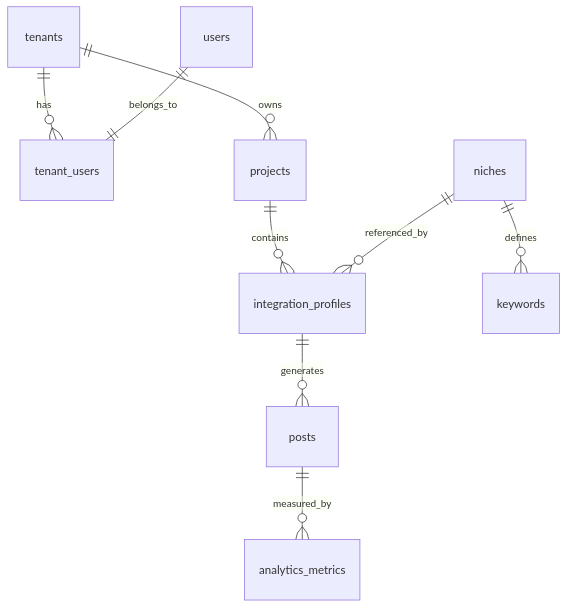
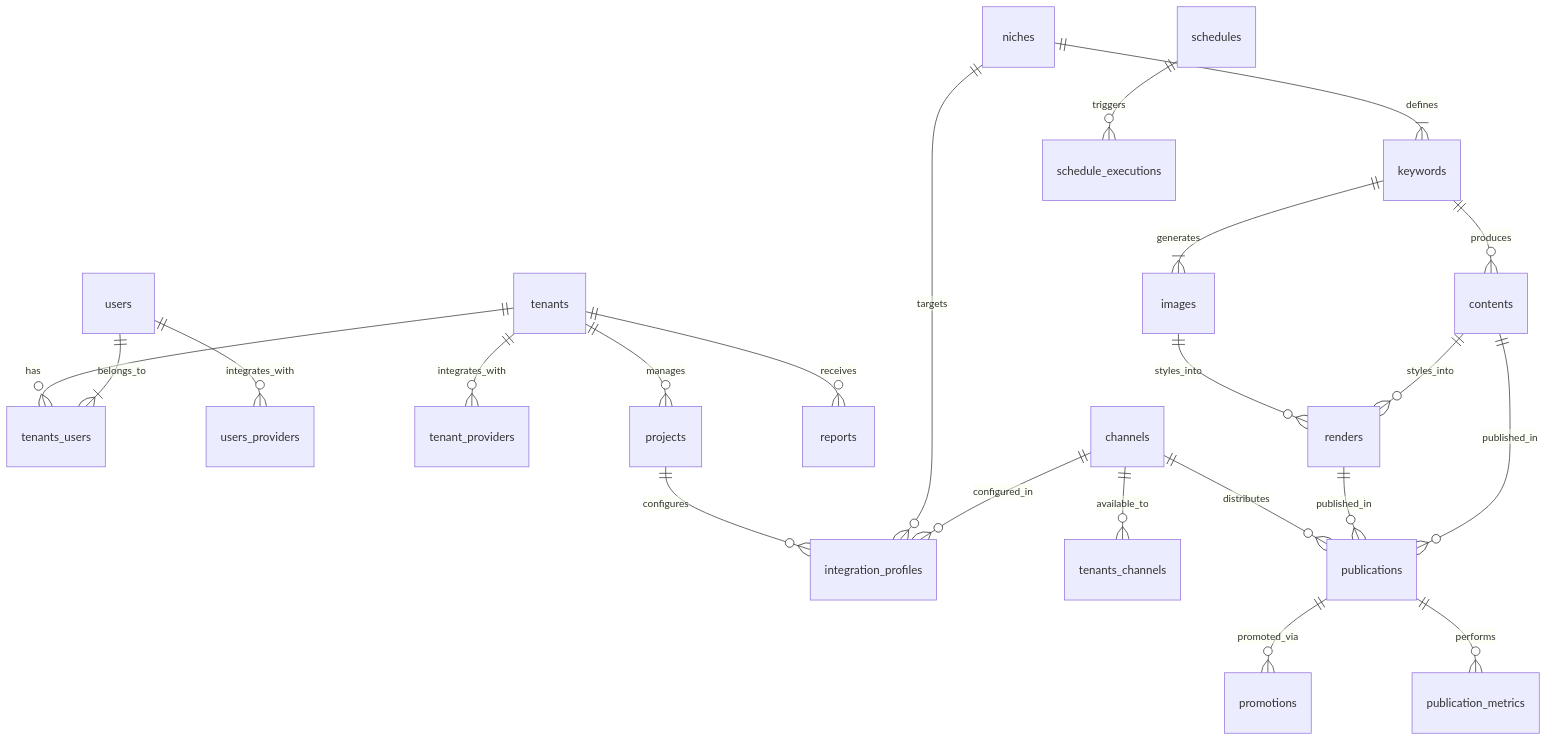
One commit to rhamblin/content_automation_engine changed the first of 2 diagrams in README.md. Above: the diagram before and after it, drawn with Mermaid. The commit also changed other lines of this file, not shown here.

Commit message:
Update ER diagram

````diff
--- a/README.md
+++ b/README.md
@@ -127,11 +118,24 @@
 ```mermaid
 erDiagram
-    tenants ||--o{ tenant_users : has
-    users   ||--|| tenant_users : belongs_to
-    tenants ||--o{ projects    : owns
-    projects ||--o{ integration_profiles : contains
-    niches    ||--o{ keywords      : defines
-    niches    ||--o{ integration_profiles : referenced_by
-    integration_profiles ||--o{ posts        : generates
-    posts      ||--o{ analytics_metrics   : measured_by
+    tenants       ||--o{  tenants_users : "has"
+    users         ||--|{  tenants_users : belongs_to
+    users         ||--o{  users_providers: integrates_with
+    tenants       ||--o{  tenant_providers : integrates_with
+    tenants       ||--o{  projects : manages
+    tenants       ||--o{  reports  : receives
+    projects      ||--o{  integration_profiles : configures
+    niches        ||--o{  integration_profiles : targets
+    niches        ||--|{  keywords : defines
+    keywords      ||--|{  images : generates
+    keywords      ||--o{  contents : produces
+    images        ||--o{  renders: styles_into
+    contents      ||--o{  renders: styles_into
+    channels      ||--o{  tenants_channels: available_to
+    channels      ||--o{  integration_profiles: configured_in
+    channels      ||--o{  publications: distributes
+    renders       ||--o{  publications: published_in
+    contents      ||--o{  publications: published_in
+    publications  ||--o{  promotions: promoted_via
+    publications  ||--o{  publication_metrics: performs
+    schedules     ||--o{  schedule_executions: triggers
 ```
````
